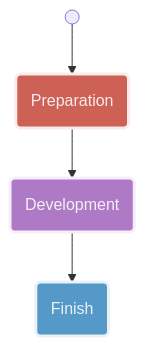
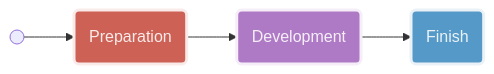
Before and after one commit to spectrum-health-systems/tingen-documentation: the first of 3 diagrams in development/workflow-daily-development.md, drawn with Mermaid. The commit also changed other lines of this file, not shown here.

````diff
--- a/development/workflow-daily-development.md
+++ b/development/workflow-daily-development.md
@@ -16,16 +16,16 @@
 ```mermaid
-flowchart TB 
+flowchart LR 
   %% Components
   Start@{shape: sm-circ, label: ""}
   Preparation@{shape: rounded, label: "Preparation"}
   Development@{shape: rounded, label: "Development"}
   Finish@{shape: rounded, label: "Finish"}
   %% Subgraphs
   %% Layout
   Start --> Preparation:::R2_ --> Development:::P2_ --> Finish:::U2_
   %% Styles
   classDef P2_ stroke:#f5eef8,stroke-width:3px,fill:#af7ac5,color:#f5eef8
   classDef R2_ stroke:#f9ebea,stroke-width:3px,fill:#CD6155,color:#f9ebea
   classDef U2_ stroke:#eaf2f8,stroke-width:3px,fill:#5499c7,color:#eaf2f8
   classDef Hidden display: none;
 ```
````
